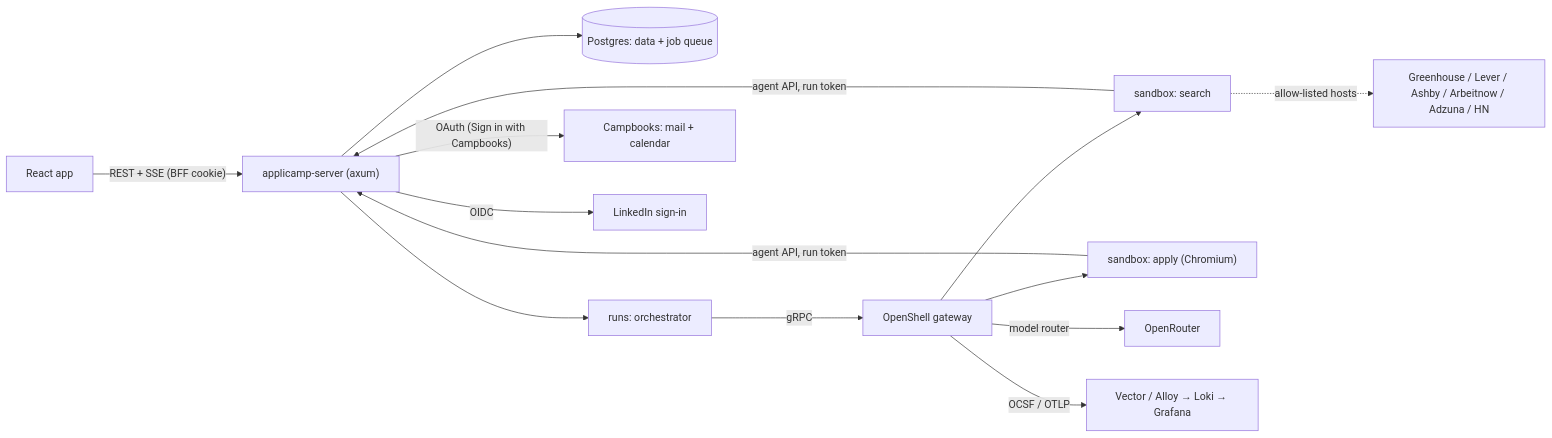
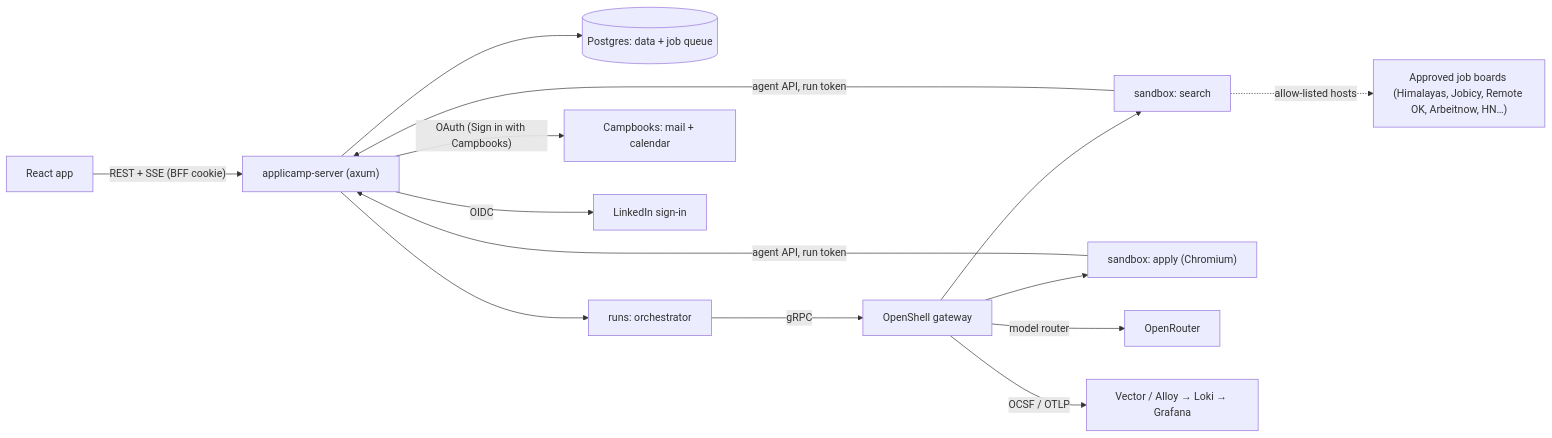
One commit to notacamp/applicamp changed the diagram in docs/architecture.md. Above: the diagram before and after it, drawn with Mermaid. The commit also changed 105 other files, not shown here.

First line of the commit message:
feat(sources): search remote job boards, find new ones, rank them by salary (#5) (#22)

````diff
--- a/docs/architecture.md
+++ b/docs/architecture.md
@@ -8,16 +8,16 @@
 ```mermaid
 flowchart LR
   UI["React app"] -- "REST + SSE (BFF cookie)" --> API["applicamp-server (axum)"]
   API --> PG[("Postgres: data + job queue")]
   API --> ORCH["runs: orchestrator"]
   ORCH -- "gRPC" --> GW["OpenShell gateway"]
   GW --> S1["sandbox: search"]
   GW --> S2["sandbox: apply (Chromium)"]
-  S1 -. "allow-listed hosts" .-> ATS["Greenhouse / Lever / Ashby / Arbeitnow / Adzuna / HN"]
+  S1 -. "allow-listed hosts" .-> ATS["Approved job boards (Himalayas, Jobicy, Remote OK, Arbeitnow, HN…)"]
   S1 -- "agent API, run token" --> API
   S2 -- "agent API, run token" --> API
   GW -- "model router" --> OR["OpenRouter"]
   API -- "OAuth (Sign in with Campbooks)" --> CB["Campbooks: mail + calendar"]
   API -- "OIDC" --> LI["LinkedIn sign-in"]
   GW -- "OCSF / OTLP" --> LOKI["Vector / Alloy → Loki → Grafana"]
 ```
````
